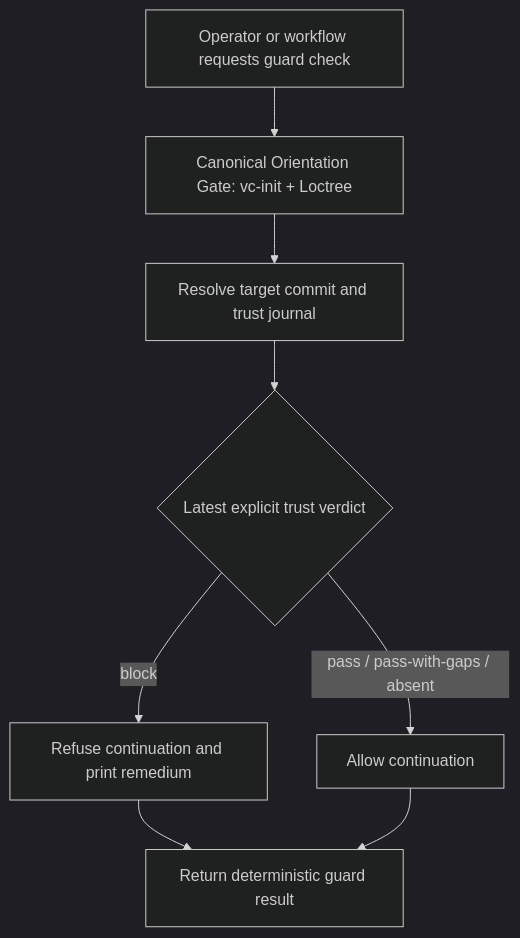
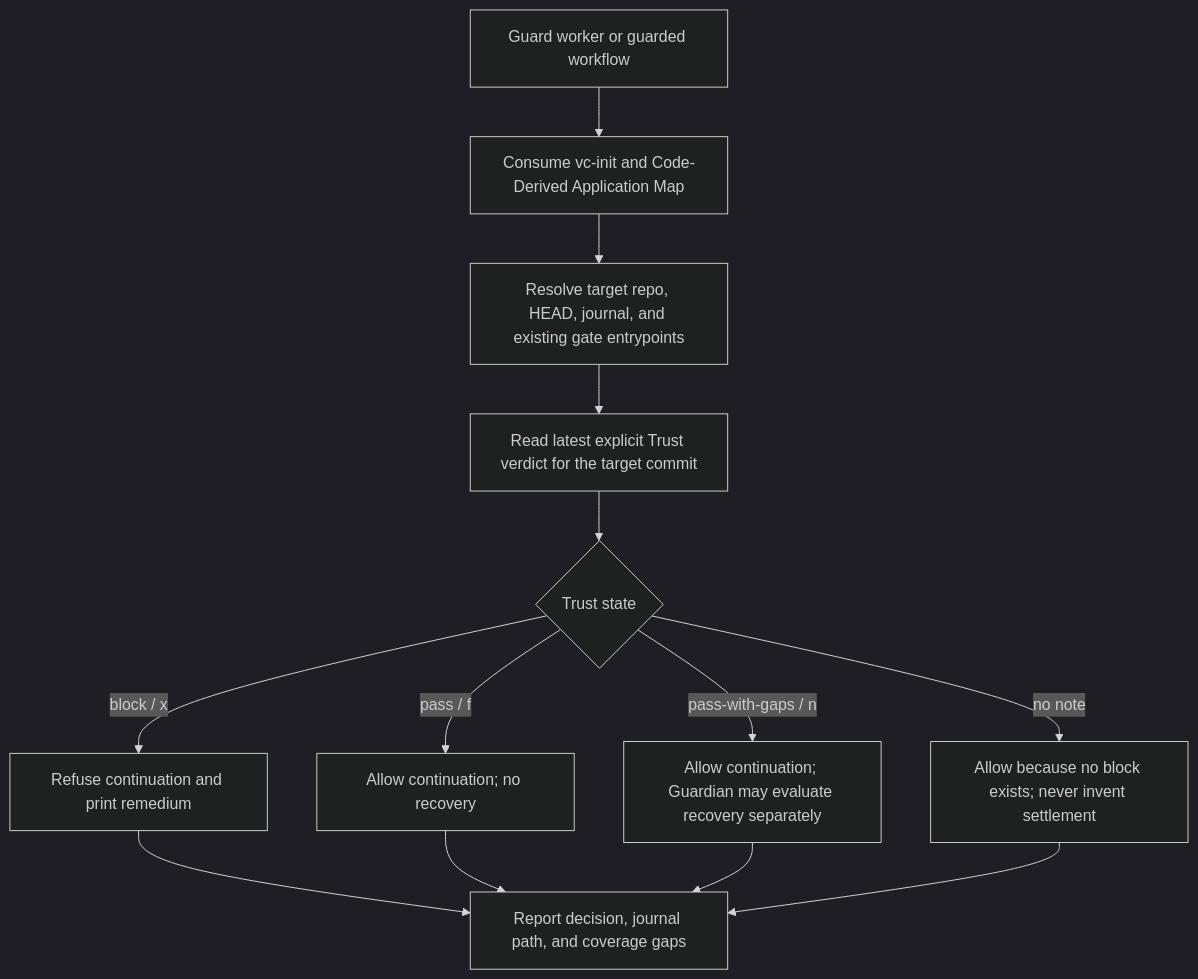
One commit to VetCoders/vibecrafted changed the diagram in vibecrafted-core/vibecrafted_core/skills/vc-guard/FLOW.md. Above: the diagram before and after it, drawn with Mermaid (dark theme). The commit also changed other lines of this file and 100 other files, not shown here.

First line of the commit message:
[grok/workflow] feat(runtime): integrate release settlement truth into PR #22

````diff
--- a/vibecrafted-core/vibecrafted_core/skills/vc-guard/FLOW.md
+++ b/vibecrafted-core/vibecrafted_core/skills/vc-guard/FLOW.md
@@ -5,10 +8,15 @@
 ```mermaid
 flowchart TD
-    A[Operator or workflow requests guard check] --> B[Canonical Orientation Gate: vc-init + Loctree]
-    B --> C[Resolve target commit and trust journal]
-    C --> D{Latest explicit trust verdict}
-    D -->|block| E[Refuse continuation and print remedium]
-    D -->|pass / pass-with-gaps / absent| F[Allow continuation]
-    E --> G[Return deterministic guard result]
-    F --> G
+    A[Guard worker or guarded workflow] --> B[Consume vc-init and Code-Derived Application Map]
+    B --> C[Resolve target repo, HEAD, journal, and existing gate entrypoints]
+    C --> D[Read latest explicit Trust verdict for the target commit]
+    D --> E{Trust state}
+    E -->|block / x| F[Refuse continuation and print remedium]
+    E -->|pass / f| G[Allow continuation; no recovery]
+    E -->|pass-with-gaps / n| H[Allow continuation; Guardian may evaluate recovery separately]
+    E -->|no note| I[Allow because no block exists; never invent settlement]
+    F --> J[Report decision, journal path, and coverage gaps]
+    G --> J
+    H --> J
+    I --> J
 ```
````
